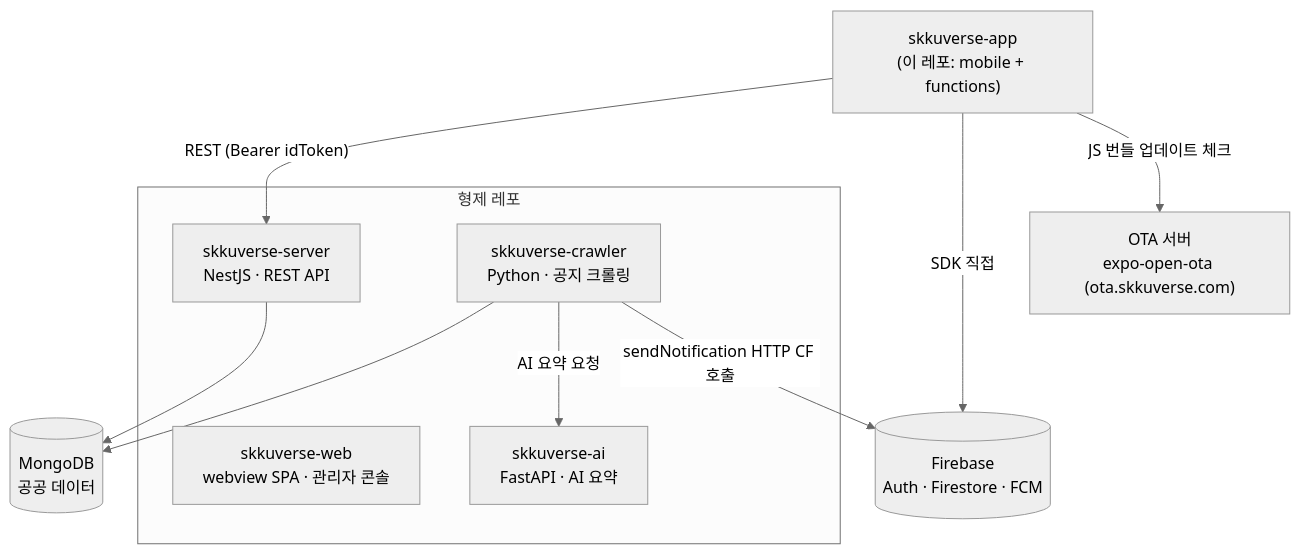
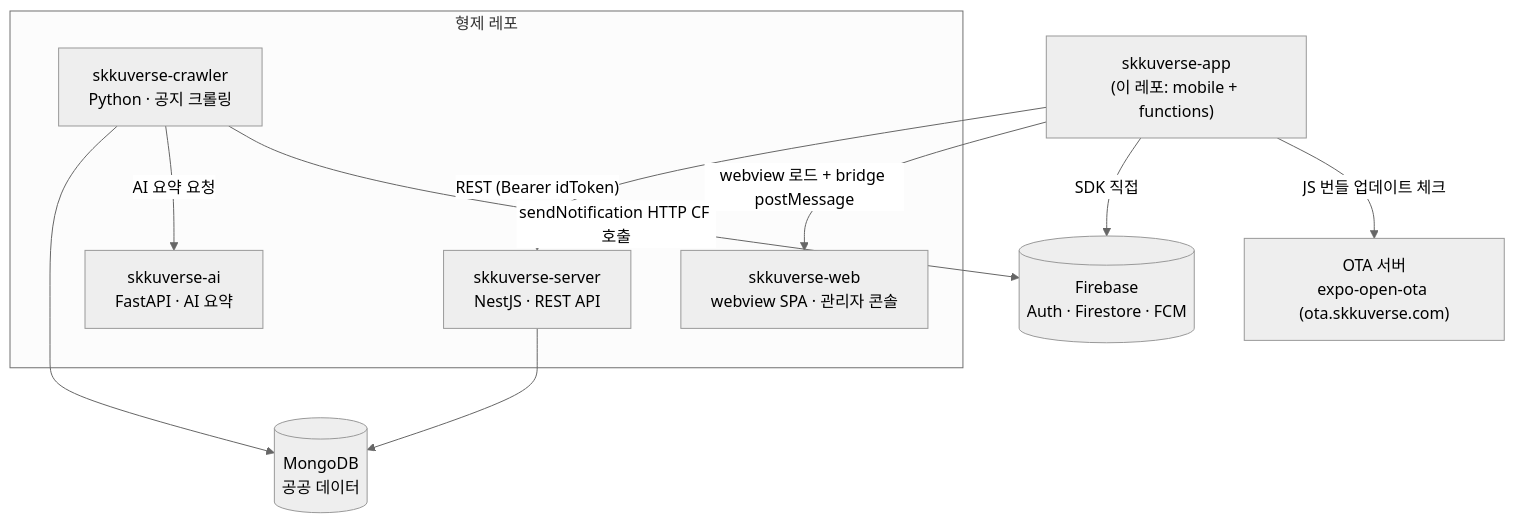
One commit to spencer0124/skkuverse-app changed the second of 2 diagrams in docs/explanation/architecture.md. Above: the diagram before and after it, drawn with Mermaid (neutral theme). The commit also changed other lines of this file and 5 other files, not shown here.

````diff
--- a/docs/explanation/architecture.md
+++ b/docs/explanation/architecture.md
@@ -88,23 +88,24 @@
 ```mermaid
 flowchart TB
   APP["skkuverse-app<br/>(이 레포: mobile + functions)"]
 
   subgraph backend["형제 레포"]
     WEB["skkuverse-web<br/>webview SPA · 관리자 콘솔"]
     SRV["skkuverse-server<br/>NestJS · REST API"]
     CRW["skkuverse-crawler<br/>Python · 공지 크롤링"]
     AI["skkuverse-ai<br/>FastAPI · AI 요약"]
   end
 
   MDB[("MongoDB<br/>공공 데이터")]
   FB[("Firebase<br/>Auth · Firestore · FCM")]
   OTA["OTA 서버<br/>expo-open-ota (ota.skkuverse.com)"]
 
   APP -- "REST (Bearer idToken)" --> SRV
+  APP -- "webview 로드 + bridge postMessage" --> WEB
   APP -- "SDK 직접" --> FB
   APP -- "JS 번들 업데이트 체크" --> OTA
   SRV --> MDB
   CRW --> MDB
   CRW -- "AI 요약 요청" --> AI
   CRW -- "sendNotification HTTP CF 호출" --> FB
 ```
````
